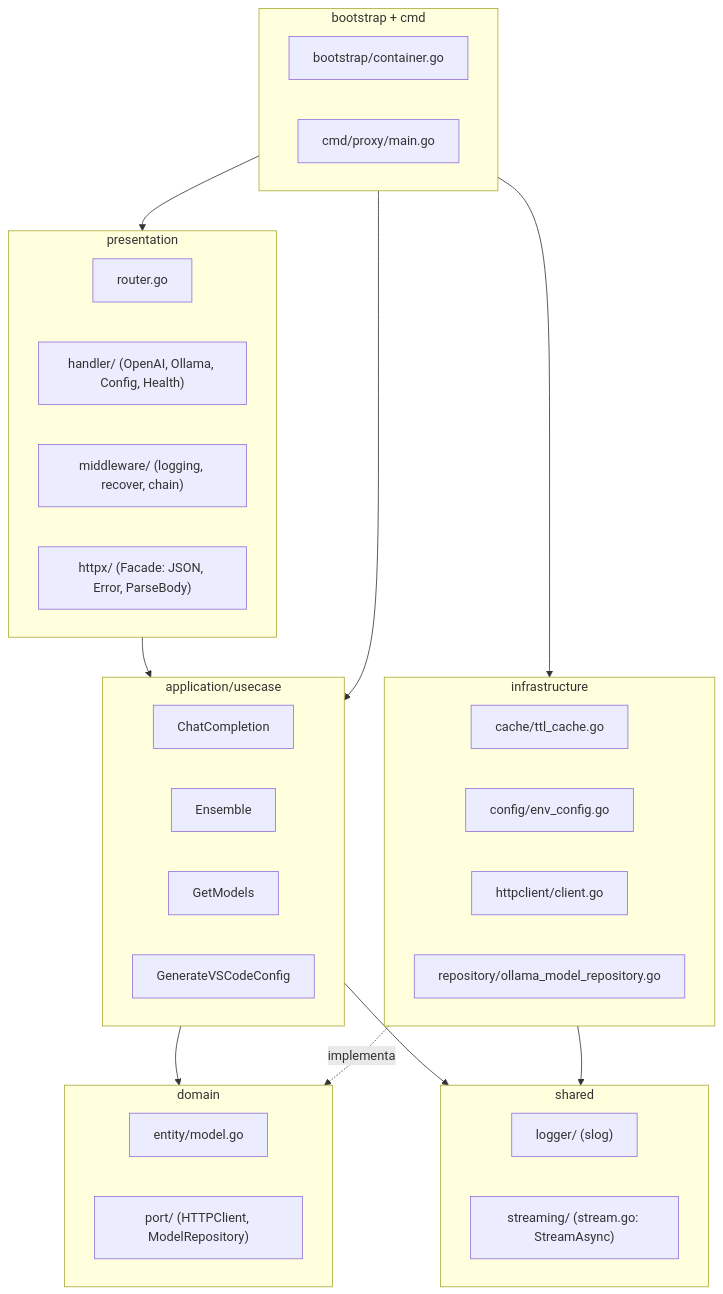
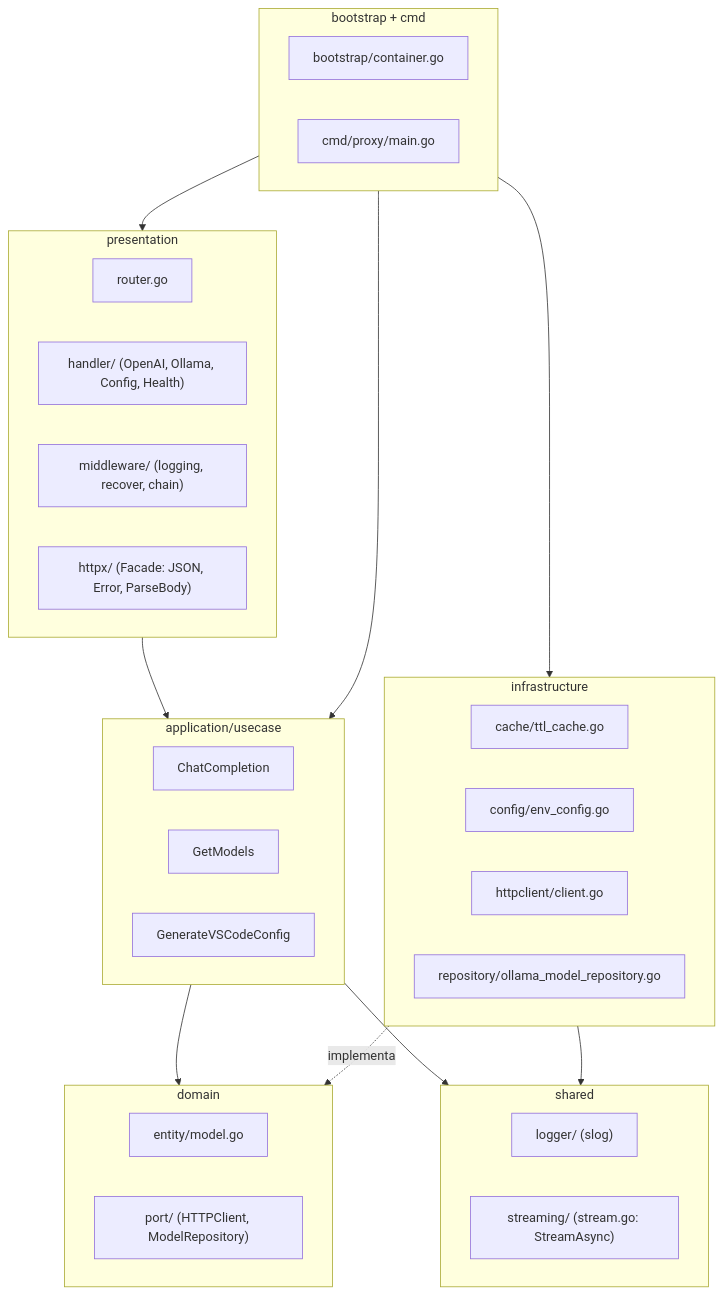
The second of 7 diagrams in README.md (CristianBernardes/proxy-go), drawn with Mermaid before and after one commit. The commit also changed other lines of this file and 10 other files, not shown here.

````diff
--- a/README.md
+++ b/README.md
@@ -91,41 +90,40 @@
 ```mermaid
 flowchart TD
     subgraph PRES["presentation"]
         Router["router.go"]
         Handlers["handler/ (OpenAI, Ollama, Config, Health)"]
         Middleware["middleware/ (logging, recover, chain)"]
         HttpX["httpx/ (Facade: JSON, Error, ParseBody)"]
     end
     subgraph APP["application/usecase"]
         ChatCompletion
-        Ensemble
         GetModels
         GenerateVSCodeConfig
     end
     subgraph DOM["domain"]
         Model["entity/model.go"]
         Ports["port/ (HTTPClient, ModelRepository)"]
     end
     subgraph INF["infrastructure"]
         Cache["cache/ttl_cache.go"]
         Config["config/env_config.go"]
         HTTPClient["httpclient/client.go"]
         Repo["repository/ollama_model_repository.go"]
     end
     subgraph SHARED["shared"]
         Logger["logger/ (slog)"]
         Streaming["streaming/ (stream.go: StreamAsync)"]
     end
     subgraph BOOT["bootstrap + cmd"]
         Container["bootstrap/container.go"]
         Main["cmd/proxy/main.go"]
     end
 
     PRES --> APP --> DOM
     INF -.implementa.-> DOM
     APP --> SHARED
     INF --> SHARED
     BOOT --> PRES
     BOOT --> APP
     BOOT --> INF
 ```
````
